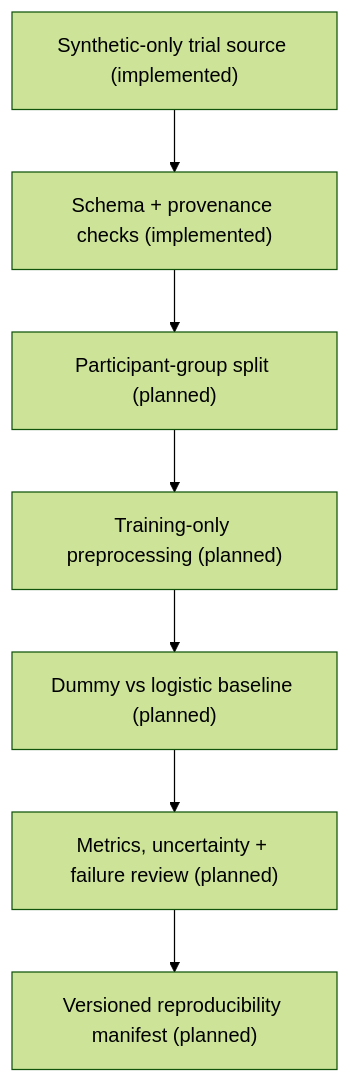
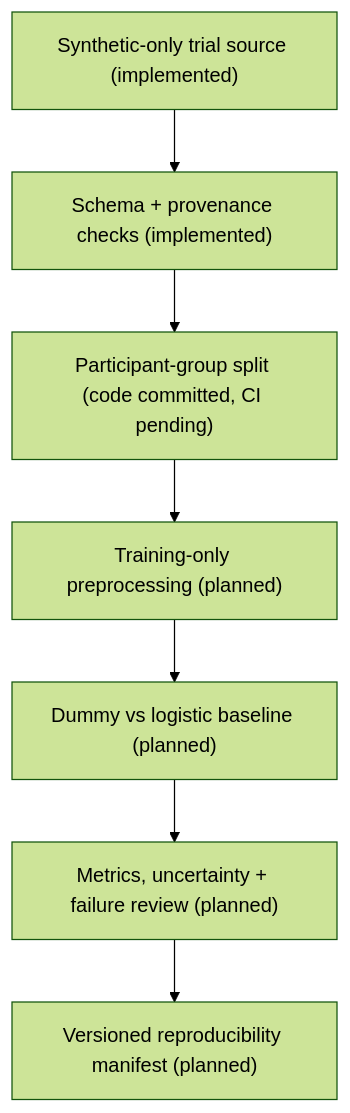
One commit to aradmanamnaoon/psychneuro-openbench changed the diagram in README.md. Above: the diagram before and after it, drawn with Mermaid (forest theme). The commit also changed other lines of this file, not shown here.

Commit message:
PM-07: clarify new split source is committed but not CI-verified

````diff
--- a/README.md
+++ b/README.md
@@ -66,9 +68,9 @@
 ```mermaid
 flowchart TD
     A["Synthetic-only trial source (implemented)"] --> B["Schema + provenance checks (implemented)"]
-    B --> C["Participant-group split (planned)"]
+    B --> C["Participant-group split (code committed, CI pending)"]
     C --> D["Training-only preprocessing (planned)"]
     D --> E["Dummy vs logistic baseline (planned)"]
     E --> F["Metrics, uncertainty + failure review (planned)"]
     F --> G["Versioned reproducibility manifest (planned)"]
 ```
````
